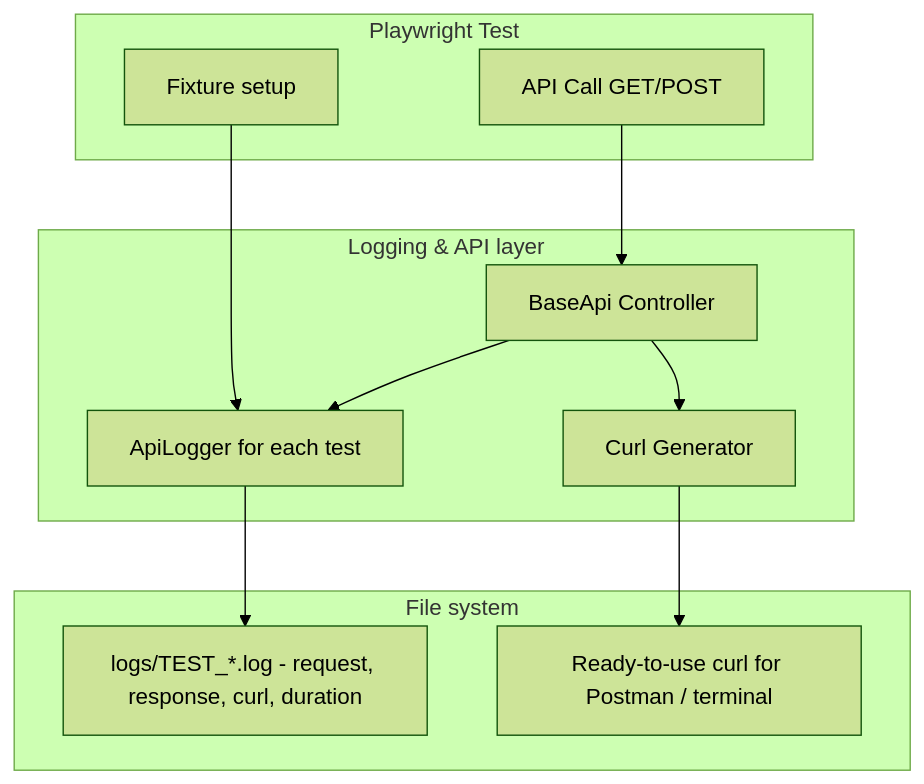
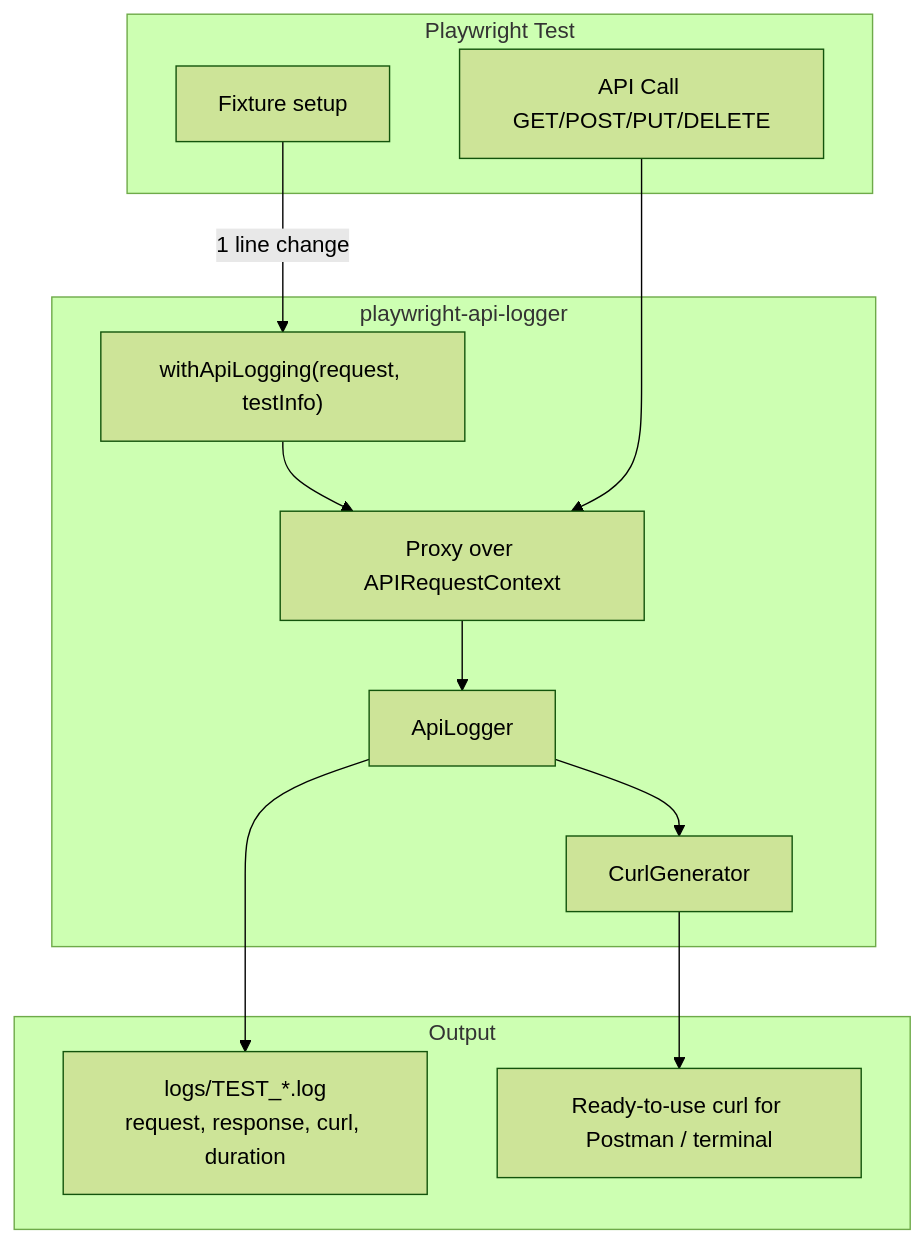
The diagram in README.md (AZANIR/playwright-api-logger), drawn with Mermaid (forest theme) before and after one commit. The commit also changed other lines of this file and 3 other files, not shown here.

First line of the commit message:
feat: v2.0.0 — one-line integration via withApiLogging() Proxy wrapper

````diff
--- a/README.md
+++ b/README.md
@@ -23,30 +23,27 @@
 ```mermaid
 flowchart TD
     subgraph T[Playwright Test]
         F[Fixture setup]
-        C[API Call GET/POST]
+        C[API Call GET/POST/PUT/DELETE]
     end
 
-    subgraph L[Logging & API layer]
-        AL[ApiLogger for each test]
-        B[BaseApi Controller]
-        CG[Curl Generator]
+    subgraph P[playwright-api-logger]
+        W["withApiLogging(request, testInfo)"]
+        PR[Proxy over APIRequestContext]
+        AL[ApiLogger]
+        CG[CurlGenerator]
     end
 
-    subgraph FS[File system]
-        LOG[logs/TEST_*.log - request, response, curl, duration]
+    subgraph O[Output]
+        LOG["logs/TEST_*.log<br/>request, response, curl, duration"]
         RC[Ready-to-use curl for Postman / terminal]
     end
 
-    %% test flow
-    F --> AL
-    C --> B
-
-    %% logging interaction
-    B --> AL
+    F -->|"1 line change"| W
+    W --> PR
+    C --> PR
+    PR --> AL
     AL --> LOG
-
-    %% curl generation
-    B --> CG
+    AL --> CG
     CG --> RC
 ```
````
